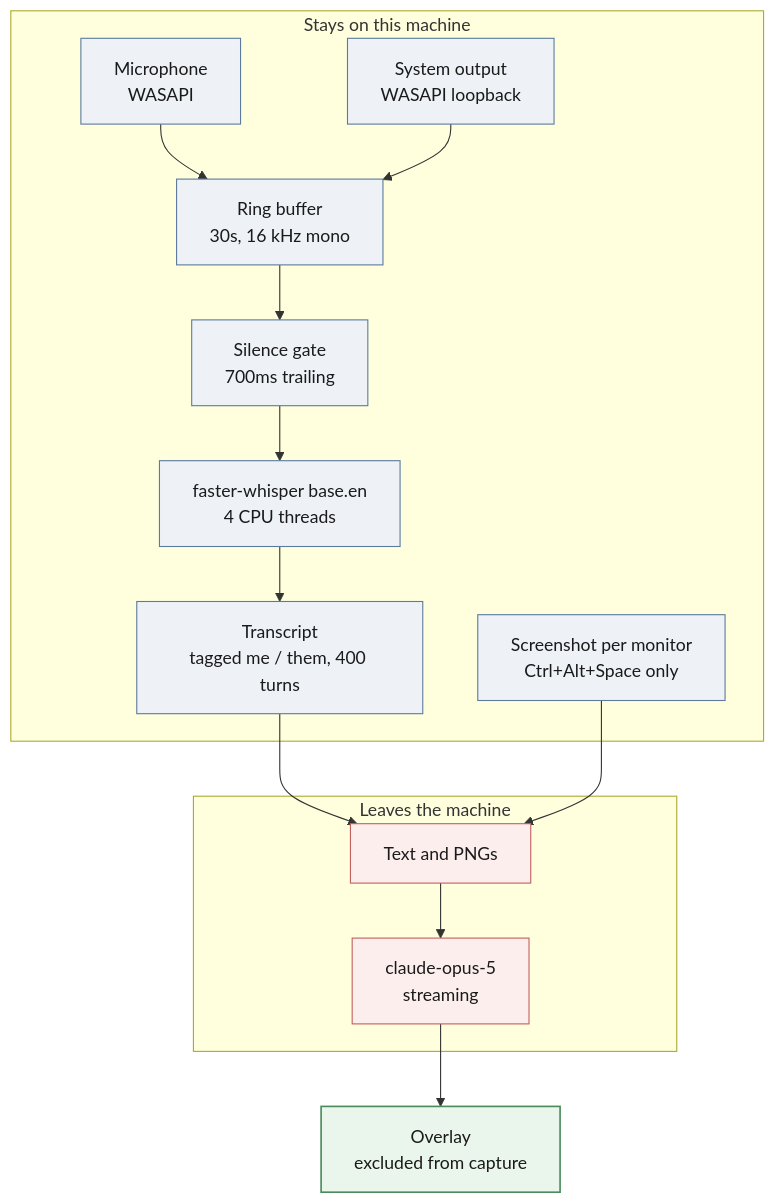
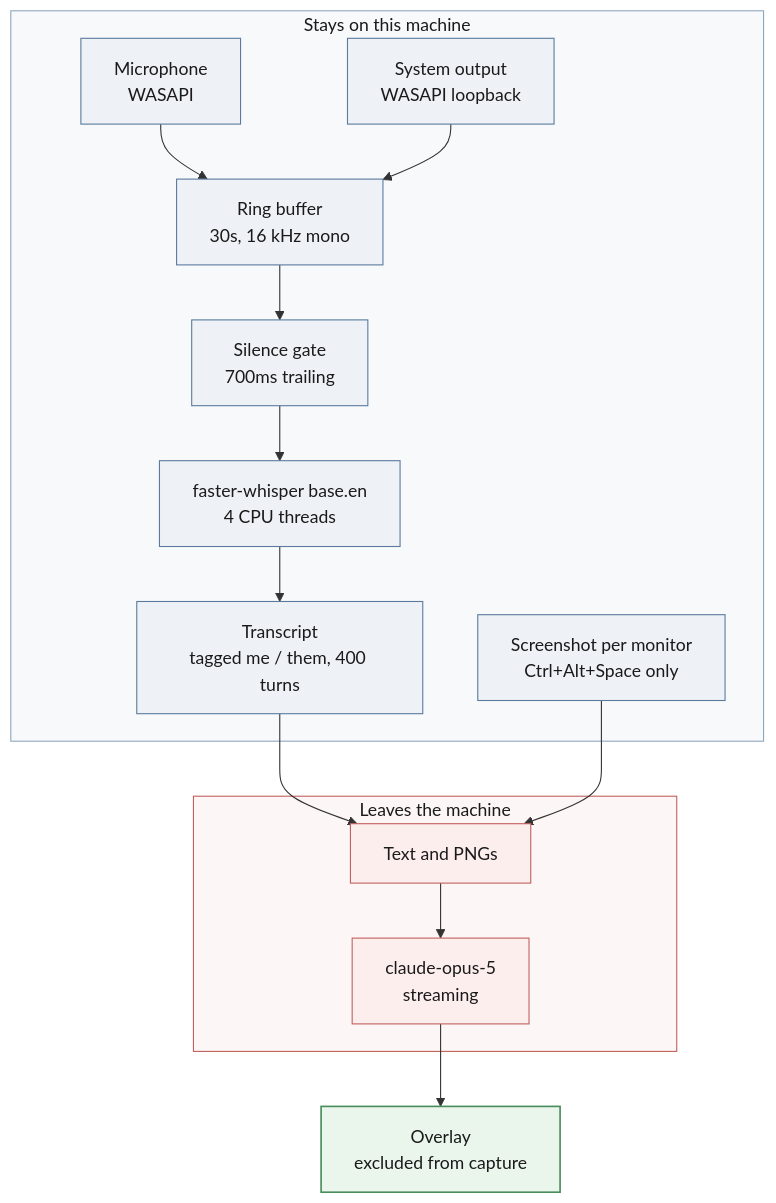
One commit to pouriamrt/meeting-assistant changed the diagram in README.md. Above: the diagram before and after it, drawn with Mermaid.

Commit message:
docs: style the mermaid subgraphs, which GitHub renders bright yellow by default

````diff
--- a/README.md
+++ b/README.md
@@ -103,24 +103,29 @@
 ```mermaid
 flowchart TB
     subgraph local["Stays on this machine"]
         MIC["Microphone<br/>WASAPI"] --> RING["Ring buffer<br/>30s, 16 kHz mono"]
         SYS["System output<br/>WASAPI loopback"] --> RING
         RING --> GATE["Silence gate<br/>700ms trailing"]
         GATE --> WHISP["faster-whisper base.en<br/>4 CPU threads"]
         WHISP --> TR["Transcript<br/>tagged me / them, 400 turns"]
         SHOT["Screenshot per monitor<br/>Ctrl+Alt+Space only"]
     end
     TR --> REQ
     SHOT --> REQ
     subgraph remote["Leaves the machine"]
         REQ["Text and PNGs"] --> API["claude-opus-5<br/>streaming"]
     end
     API --> OV["Overlay<br/>excluded from capture"]
 
     classDef box fill:#eef2f7,stroke:#5b7a9d,stroke-width:1px,color:#1a1a1a
     classDef away fill:#fdeeee,stroke:#c0605d,stroke-width:1px,color:#1a1a1a
     classDef out fill:#eaf5ec,stroke:#4a8c5c,stroke-width:1.5px,color:#1a1a1a
     class MIC,SYS,RING,GATE,WHISP,TR,SHOT box
     class REQ,API away
     class OV out
+
+    %% Subgraphs need styling of their own; unstyled they render bright yellow
+    %% on GitHub, which fights every colour chosen above.
+    style local fill:#f7f9fb,stroke:#8fa6bd,color:#1a1a1a
+    style remote fill:#fdf6f6,stroke:#c0605d,color:#1a1a1a
 ```
````
